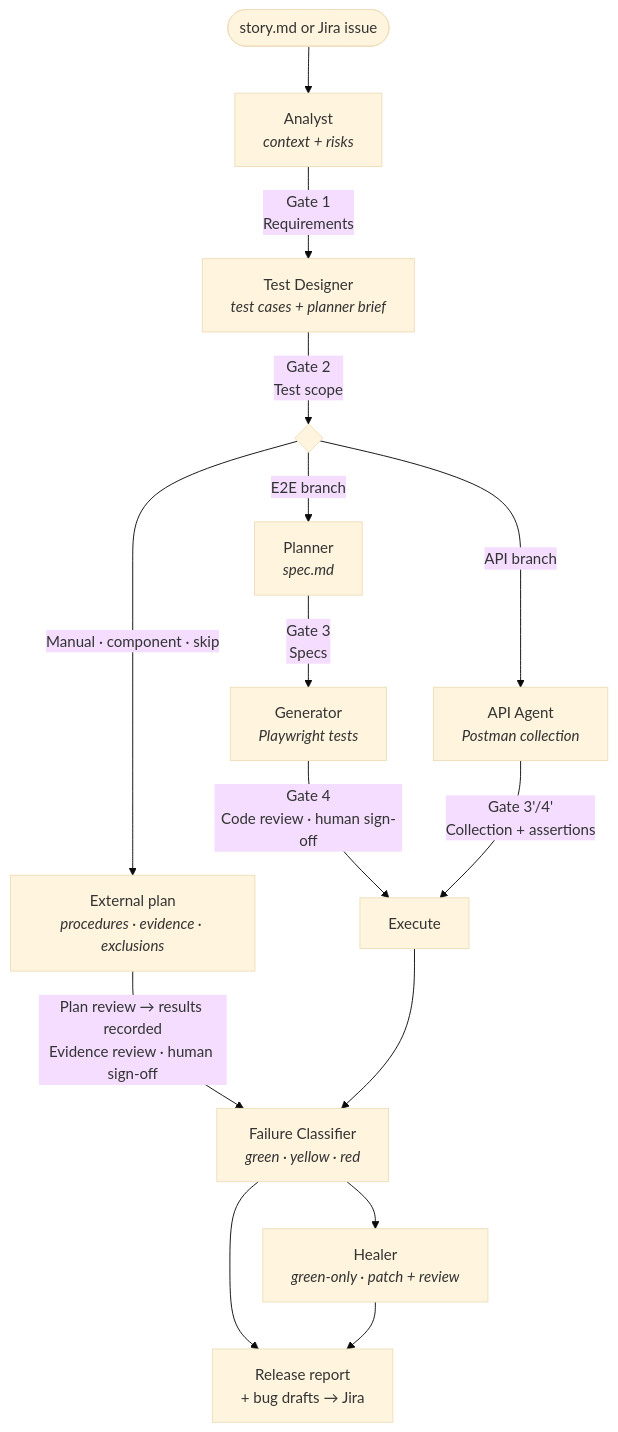
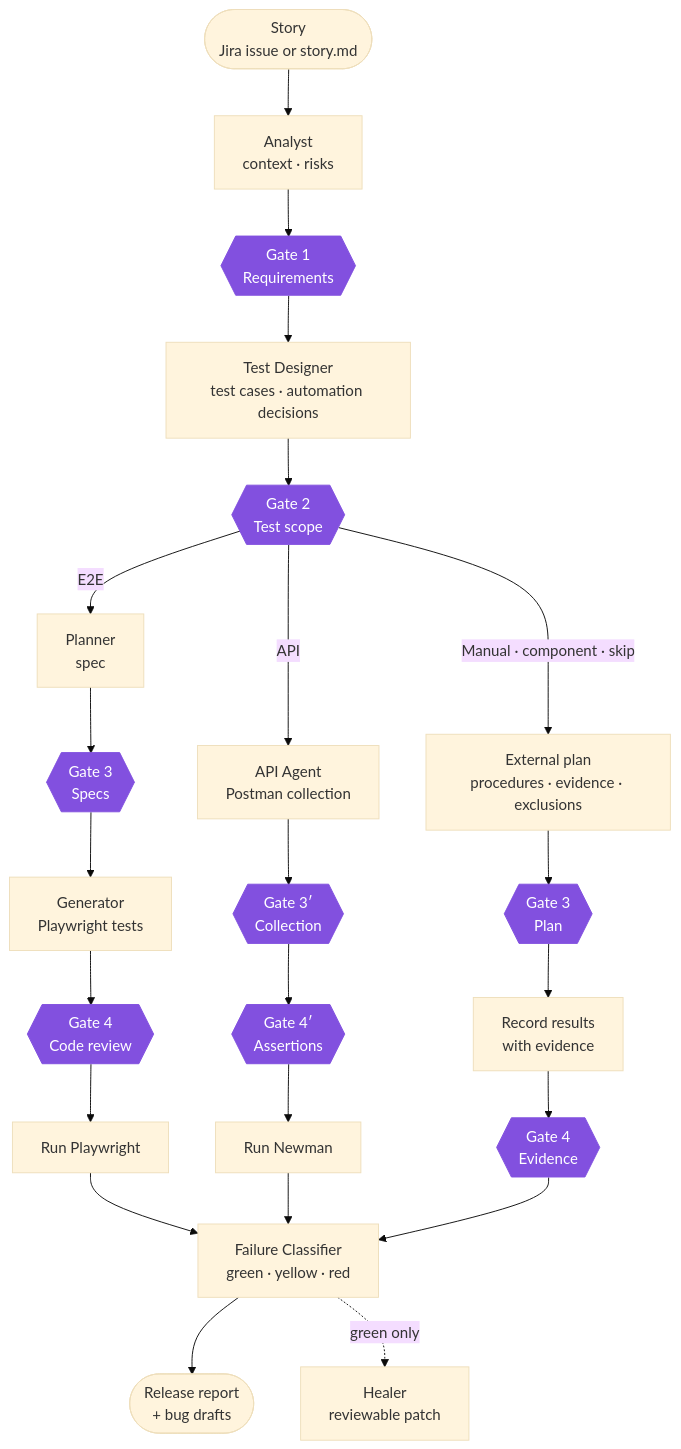
The first of 2 diagrams in README.md (MiltonKlun/Qaizen), drawn with Mermaid (base theme) before and after one commit. The commit also changed other lines of this file, not shown here.

First line of the commit message:
docs(readme): tighten the README, use live badges, and show the gates in the flow diagram (#99)

````diff
--- a/README.md
+++ b/README.md
@@ -88,26 +71,26 @@
 ```mermaid
 flowchart TD
-    story([story.md or Jira issue])
+    story([Story<br/>Jira issue or story.md]) --> analyst[Analyst<br/>context · risks]
+    analyst --> g1{{Gate 1<br/>Requirements}}
+    g1 --> designer[Test Designer<br/>test cases · automation decisions]
+    designer --> g2{{Gate 2<br/>Test scope}}
 
-    story --> analyst[Analyst<br/><i>context + risks</i>]
-    analyst -- "Gate 1<br/>Requirements" --> designer[Test Designer<br/><i>test cases + planner brief</i>]
-    designer -- "Gate 2<br/>Test scope" --> split{ }
+    g2 -->|E2E| planner[Planner<br/>spec] --> g3{{Gate 3<br/>Specs}}
+    g3 --> generator[Generator<br/>Playwright tests] --> g4{{Gate 4<br/>Code review}}
+    g4 --> pw[Run Playwright]
 
-    split -->|E2E branch| planner[Planner<br/><i>spec.md</i>]
-    planner -- "Gate 3<br/>Specs" --> generator[Generator<br/><i>Playwright tests</i>]
-    generator -- "Gate 4<br/>Code review · human sign-off" --> execute
+    g2 -->|API| apiagent[API Agent<br/>Postman collection] --> g3a{{Gate 3′<br/>Collection}}
+    g3a --> g4a{{Gate 4′<br/>Assertions}} --> nm[Run Newman]
 
-    split -->|API branch| apiagent[API Agent<br/><i>Postman collection</i>]
-    apiagent -- "Gate 3'/4'<br/>Collection + assertions" --> execute
+    g2 -->|Manual · component · skip| plan[External plan<br/>procedures · evidence · exclusions]
+    plan --> g3e{{Gate 3<br/>Plan}} --> rec[Record results<br/>with evidence] --> g4e{{Gate 4<br/>Evidence}}
 
-    split -->|Manual · component · skip| extplan[External plan<br/><i>procedures · evidence · exclusions</i>]
-    extplan -- "Plan review → results recorded<br/>Evidence review · human sign-off" --> classifier
+    pw --> classify[Failure Classifier<br/>green · yellow · red]
+    nm --> classify
+    g4e --> classify
+    classify --> report([Release report<br/>+ bug drafts])
+    classify -. green only .-> healer[Healer<br/>reviewable patch]
 
-    execute[Execute] --> classifier[Failure Classifier<br/><i>green · yellow · red</i>]
-    classifier --> healer[Healer<br/><i>green-only · patch + review</i>]
-    classifier --> report[Release report<br/>+ bug drafts → Jira]
-    healer --> report
-
-    classDef gate fill:#1f6feb,stroke:#1f6feb,color:#fff;
-    classDef human fill:#cf222e,stroke:#cf222e,color:#fff;
+    classDef gate fill:#8250df,stroke:#8250df,color:#fff
+    class g1,g2,g3,g4,g3a,g4a,g3e,g4e gate
 ```
````
